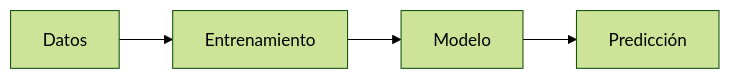
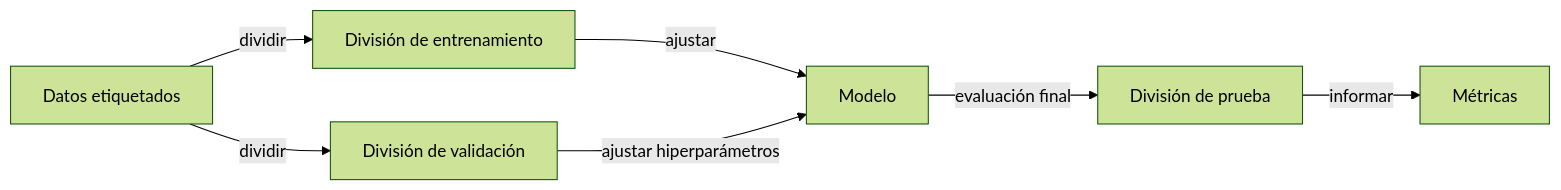
One commit to EmersonBraun/ai-summary-hub changed the diagram in i18n/es/docusaurus-plugin-content-docs/current/fundamentals/machine-learning.md. Above: the diagram before and after it, drawn with Mermaid (forest theme). The commit also changed other lines of this file and 242 other files, not shown here.

````diff
--- a/i18n/es/docusaurus-plugin-content-docs/current/fundamentals/machine-learning.md
+++ b/i18n/es/docusaurus-plugin-content-docs/current/fundamentals/machine-learning.md
@@ -17,6 +21,9 @@
 ```mermaid
 flowchart LR
-  Data[Datos] --> Train[Entrenamiento]
-  Train --> Model[Modelo]
-  Model --> Predict[Predicción]
+  Data[Datos etiquetados] -->|dividir| Train[División de entrenamiento]
+  Data -->|dividir| Val[División de validación]
+  Train -->|ajustar| Model[Modelo]
+  Val -->|ajustar hiperparámetros| Model
+  Model -->|evaluación final| Test[División de prueba]
+  Test -->|informar| Metrics[Métricas]
 ```
````
